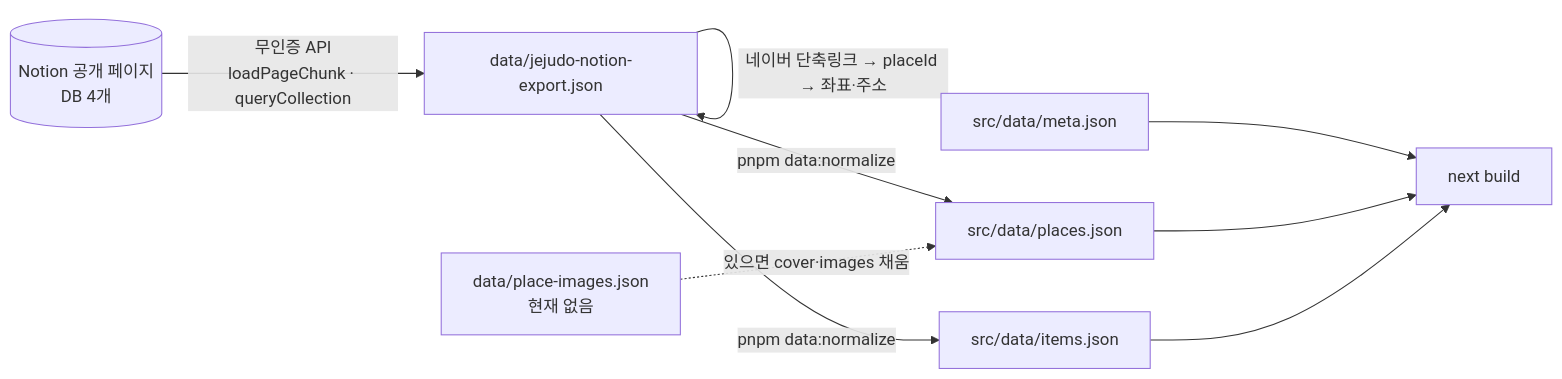
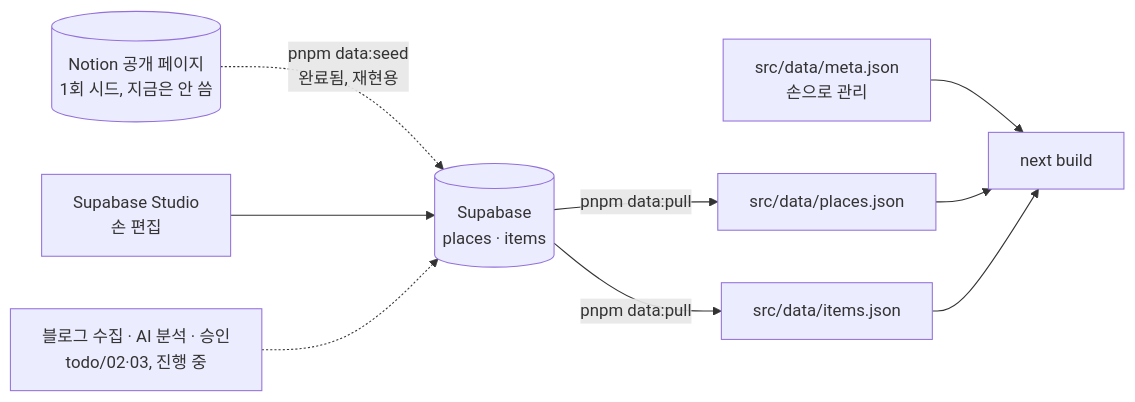
The diagram in docs/architecture/data-pipeline.md (hoiya-woohyun/zgnn), drawn with Mermaid before and after one commit. The commit also changed other lines of this file and 8 other files, not shown here.

Commit message:
docs - todo 진행 상태·세션 로그 신설, data-pipeline v2(원본 Supabase)

````diff
--- a/docs/architecture/data-pipeline.md
+++ b/docs/architecture/data-pipeline.md
@@ -11,11 +12,11 @@
 ```mermaid
 flowchart LR
-  N[(Notion 공개 페이지<br/>DB 4개)] -->|무인증 API<br/>loadPageChunk · queryCollection| E[data/jejudo-notion-export.json]
-  E -->|네이버 단축링크 → placeId → 좌표·주소| E
-  E -->|pnpm data:normalize| P[src/data/places.json]
-  E -->|pnpm data:normalize| I[src/data/items.json]
-  M[src/data/meta.json] --> B[next build]
+  N[(Notion 공개 페이지<br/>1회 시드, 지금은 안 씀)] -.->|pnpm data:seed<br/>완료됨, 재현용| SB[(Supabase<br/>places · items)]
+  Studio[Supabase Studio<br/>손 편집] --> SB
+  Blog[블로그 수집 · AI 분석 · 승인<br/>todo/02·03, 진행 중] -.-> SB
+  SB -->|pnpm data:pull| P[src/data/places.json]
+  SB -->|pnpm data:pull| I[src/data/items.json]
+  M[src/data/meta.json<br/>손으로 관리] --> B[next build]
   P --> B
   I --> B
-  IMG[data/place-images.json<br/>현재 없음] -.->|있으면 cover·images 채움| P
 ```
````
